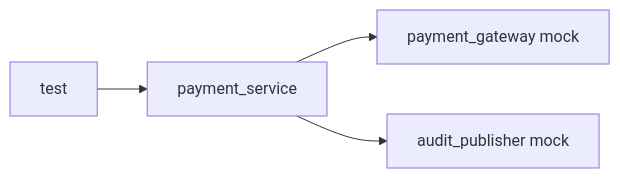
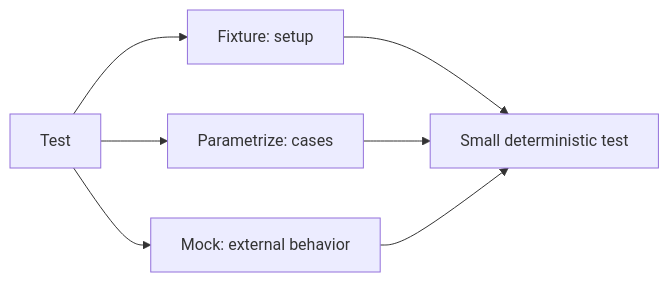
One commit to AvadhBhalodiya/Interview-Preparation changed the seventh of 7 diagrams in src/content/testing/pytest-fixtures-parametrize-mock.md. Above: the diagram before and after it, drawn with Mermaid. The commit also changed other lines of this file and 54 other files, not shown here.

````diff
--- a/src/content/testing/pytest-fixtures-parametrize-mock.md
+++ b/src/content/testing/pytest-fixtures-parametrize-mock.md
@@ -1125,6 +986,10 @@
 ```mermaid
 flowchart LR
-    A[test] --> B[payment_service]
-    B --> C[payment_gateway mock]
-    B --> D[audit_publisher mock]
+    A[Test] --> B[Fixture: setup]
+    A --> C[Parametrize: cases]
+    A --> D[Mock: external behavior]
+
+    B --> E[Small deterministic test]
+    C --> E
+    D --> E
 ```
````
